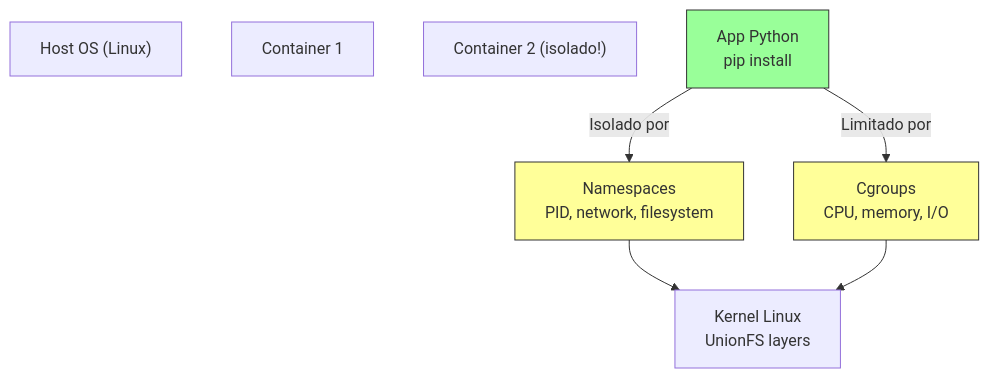
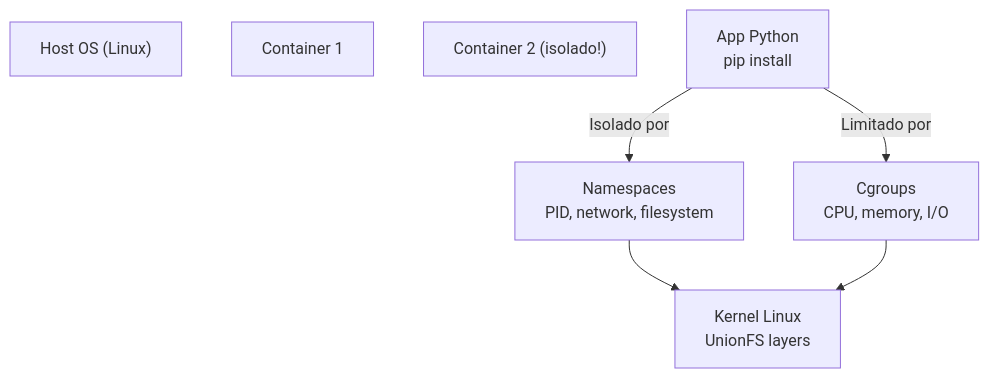
One commit to danilogmoura/applied-ai-agents changed the second of 2 diagrams in modules/p4_production/MATERIAL.md. Above: the diagram before and after it, drawn with Mermaid. The commit also changed other lines of this file and 15 other files, not shown here.

````diff
--- a/modules/p4_production/MATERIAL.md
+++ b/modules/p4_production/MATERIAL.md
@@ -131,15 +165,11 @@
 ```mermaid
 flowchart TB
     subgHost["Host OS (Linux)"]
     subgC1["Container 1"]
     subgC2["Container 2 (isolado!)"]
     
     C1App["App Python\npip install"] -->|Isolado por| NS["Namespaces\nPID, network, filesystem"]
     C1App -->|Limitado por| CG["Cgroups\nCPU, memory, I/O"]
     NS --> Kernel["Kernel Linux\nUnionFS layers"]
     CG --> Kernel
-    
-    style C1App fill:#9f9,stroke:#333
-    style NS fill:#ff9,stroke:#333
-    style CG fill:#ff9,stroke:#333
 ```
````
